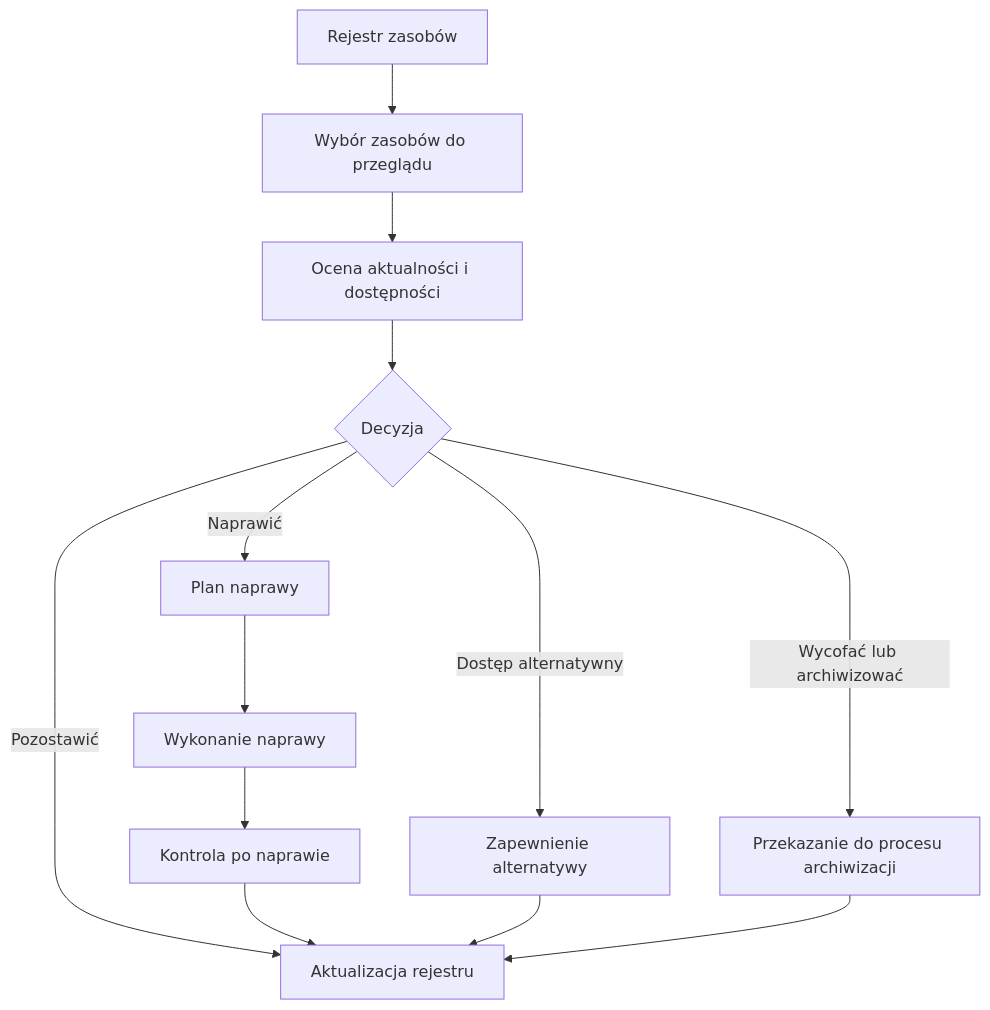
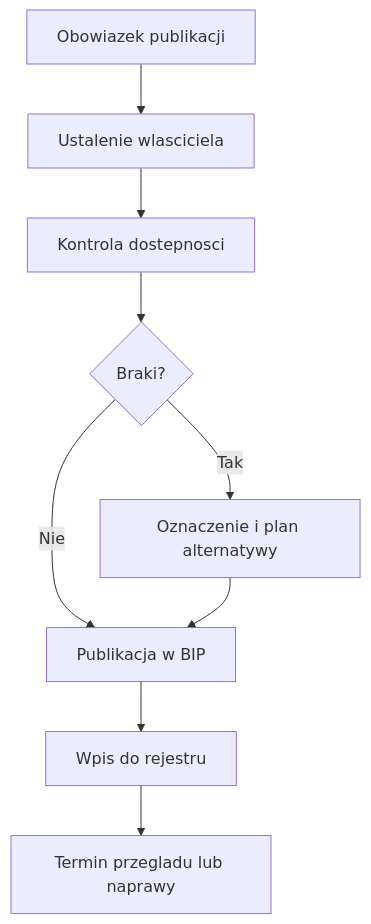
One commit to bwilk-umjaslo/Zarzadzanie-dostepna-trescia-publiczna changed the third of 8 diagrams in src/narzedzia/schematy-procesow.md. Above: the diagram before and after it, drawn with Mermaid. The commit also changed other lines of this file and 21 other files, not shown here.

````diff
--- a/src/narzedzia/schematy-procesow.md
+++ b/src/narzedzia/schematy-procesow.md
@@ -89,18 +83,11 @@
 ```mermaid
 flowchart TD
-    A[Rejestr zasobów] --> B[Wybór zasobów do przeglądu]
-    B --> C[Ocena aktualności i dostępności]
-    C --> D{Decyzja}
-
-    D -->|Pozostawić| E[Aktualizacja rejestru]
-    D -->|Naprawić| F[Plan naprawy]
-    F --> G[Wykonanie naprawy]
-    G --> H[Kontrola po naprawie]
-    H --> E
-
-    D -->|Dostęp alternatywny| I[Zapewnienie alternatywy]
-    I --> E
-
-    D -->|Wycofać lub archiwizować| J[Przekazanie do procesu archiwizacji]
-    J --> E
+    A[Obowiazek publikacji] --> B[Ustalenie wlasciciela]
+    B --> C[Kontrola dostepnosci]
+    C --> D{Braki?}
+    D -- Nie --> E[Publikacja w BIP]
+    D -- Tak --> F[Oznaczenie i plan alternatywy]
+    F --> E
+    E --> G[Wpis do rejestru]
+    G --> H[Termin przegladu lub naprawy]
 ```
````
